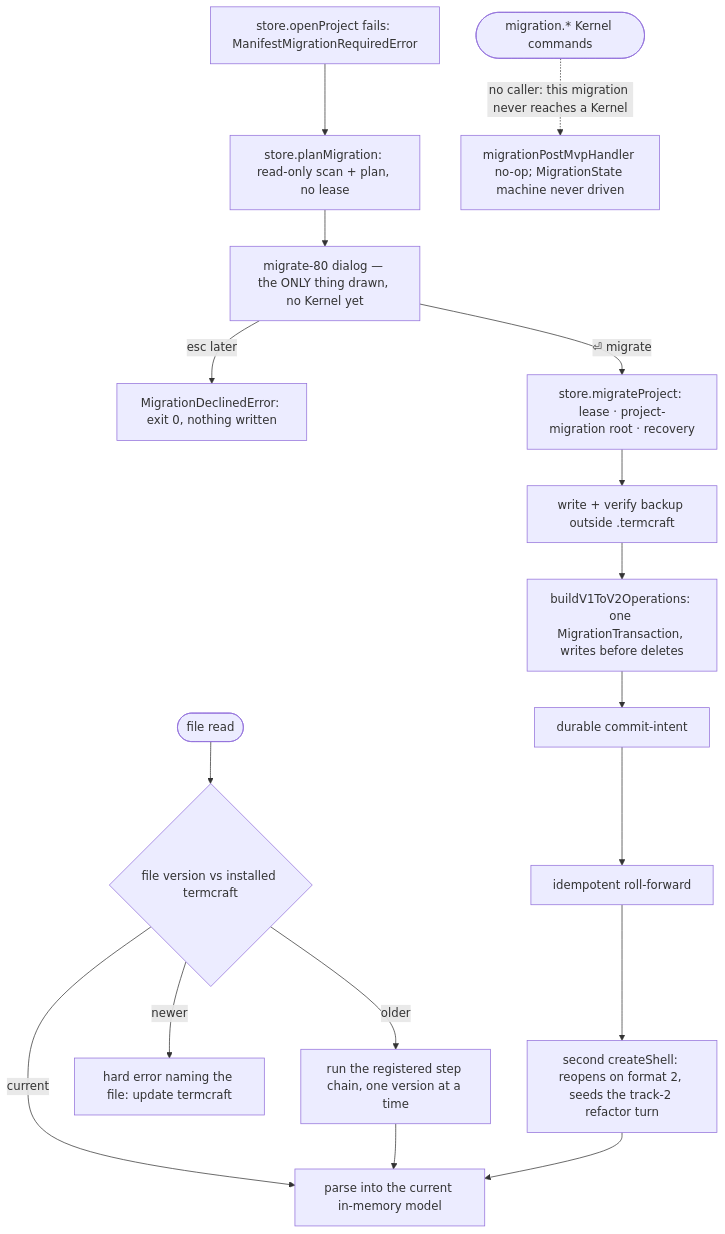
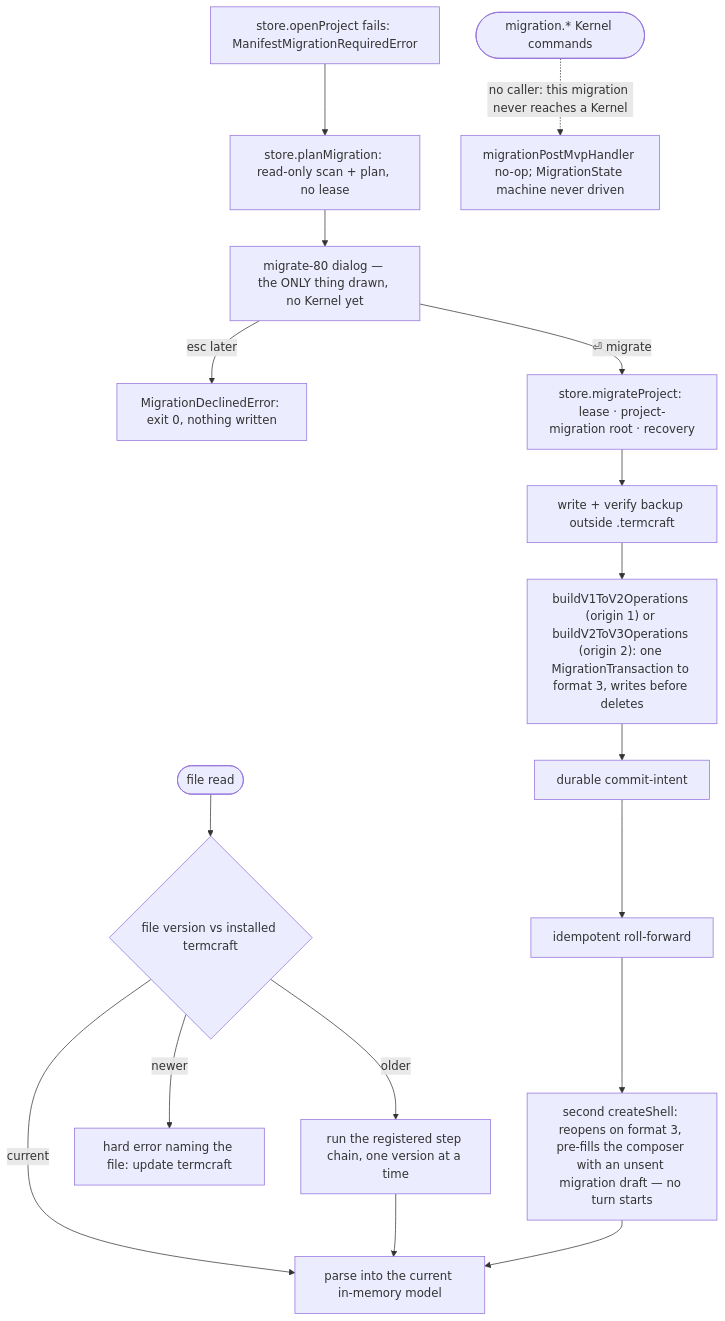
Before and after one commit to khmilevoi/termcraft: the diagram in docs/architecture/flows/migration.md, drawn with Mermaid. The commit also changed other lines of this file and 8 other files, not shown here.

Commit message:
chore(p4): corpus canary, architecture docs, and closeout verification

````diff
--- a/docs/architecture/flows/migration.md
+++ b/docs/architecture/flows/migration.md
@@ -7,21 +7,21 @@
 ```mermaid
 flowchart TD
     read(["file read"]) --> ver{"file version vs installed termcraft"}
     ver -- "current" --> use["parse into the current in-memory model"]
     ver -- "older" --> chain["run the registered step chain, one version at a time"]
     chain --> use
     ver -- "newer" --> err["hard error naming the file: update termcraft"]
 
     open["store.openProject fails: ManifestMigrationRequiredError"] --> planread["store.planMigration: read-only scan + plan, no lease"]
     planread --> offer["migrate-80 dialog — the ONLY thing drawn, no Kernel yet"]
     offer -- "esc later" --> declined["MigrationDeclinedError: exit 0, nothing written"]
     offer -- "⏎ migrate" --> migrateProject["store.migrateProject: lease · project-migration root · recovery"]
     migrateProject --> backup["write + verify backup outside .termcraft"]
-    backup --> tx["buildV1ToV2Operations: one MigrationTransaction, writes before deletes"]
+    backup --> tx["buildV1ToV2Operations (origin 1) or buildV2ToV3Operations (origin 2): one MigrationTransaction to format 3, writes before deletes"]
     tx --> intent["durable commit-intent"]
     intent --> forward["idempotent roll-forward"]
-    forward --> reopen["second createShell: reopens on format 2, seeds the track-2 refactor turn"]
+    forward --> reopen["second createShell: reopens on format 3, pre-fills the composer with an unsent migration draft — no turn starts"]
     reopen --> use
 
     kcmd(["migration.* Kernel commands"]) -. "no caller: this migration never reaches a Kernel" .-> deadhandler["migrationPostMvpHandler no-op; MigrationState machine never driven"]
 ```
````
